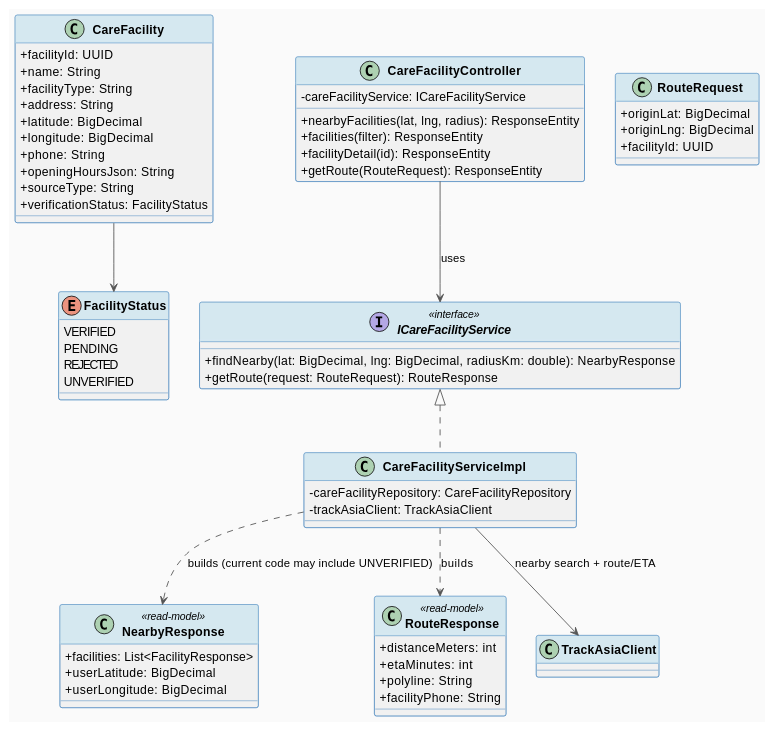
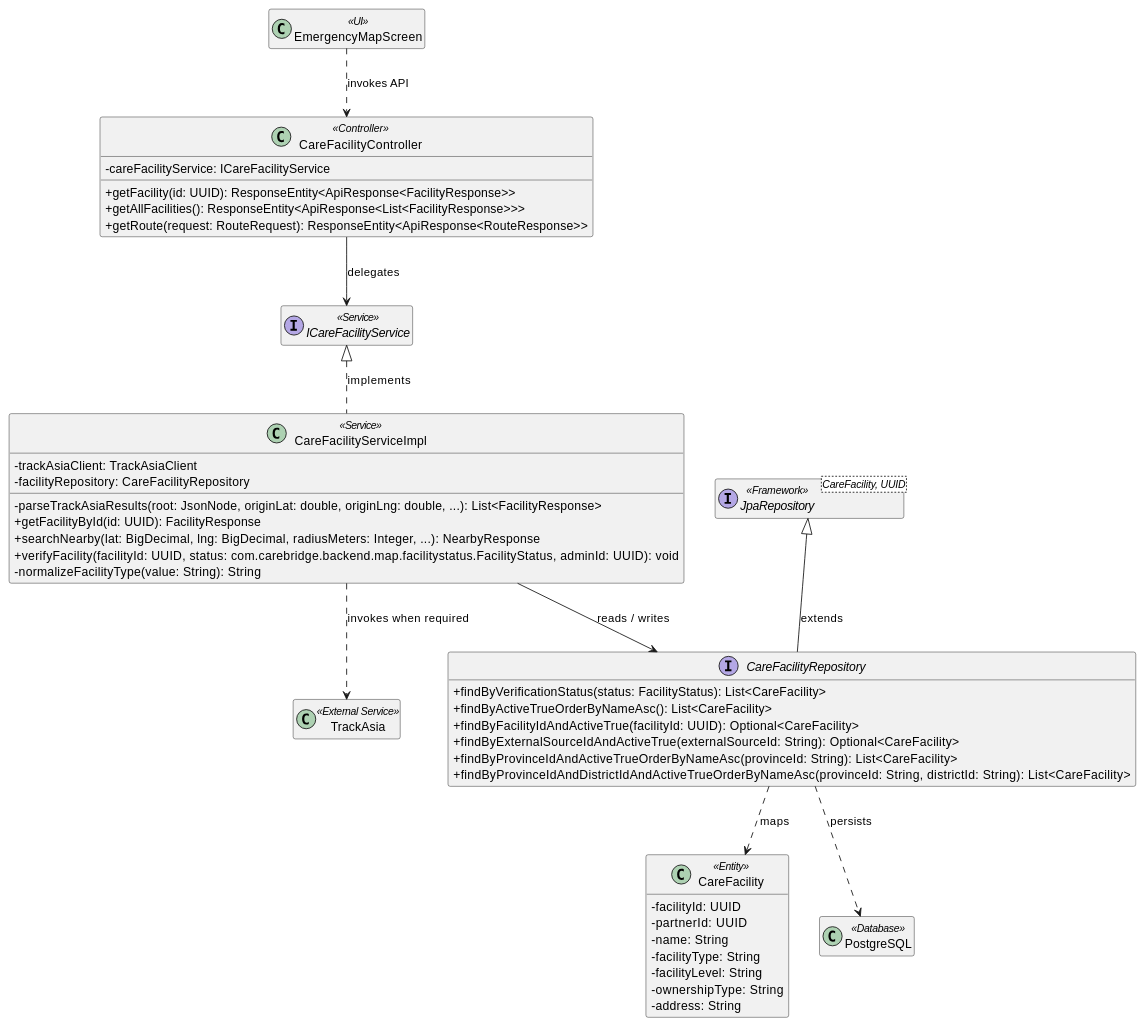
The first of 2 diagrams in docs/Detailed_Design/MF07_Emergency_Map_Nearby_Care_Support/01_Emergency_Map_Facility_Route_Navigation.md (ChuongBDHE172784/CareBridge_SEP490_G79), drawn with PlantUML before and after one commit. The commit also changed other lines of this file and 111 other files, not shown here.

````diff
--- a/docs/Detailed_Design/MF07_Emergency_Map_Nearby_Care_Support/01_Emergency_Map_Facility_Route_Navigation.md
+++ b/docs/Detailed_Design/MF07_Emergency_Map_Nearby_Care_Support/01_Emergency_Map_Facility_Route_Navigation.md
@@ -26,74 +20,53 @@
 ```plantuml
-@startuml MF07_01_EmergencyMap_ClassDiagram
+@startuml MF07_01_EmergencyMapNearbyFacilityandNavigation_ClassDiagram
 skinparam classAttributeIconSize 0
-skinparam classFontStyle bold
-skinparam backgroundColor #FAFAFA
-skinparam ArrowColor #555555
-skinparam ClassBorderColor #2E75B6
-skinparam ClassHeaderBackgroundColor #D5E8F0
+hide empty members
 
-class CareFacility {
-  + facilityId: UUID
-  + name: String
-  + facilityType: String
-  + address: String
-  + latitude: BigDecimal
-  + longitude: BigDecimal
-  + phone: String
-  + openingHoursJson: String
-  + sourceType: String
-  + verificationStatus: FacilityStatus
+class "EmergencyMapScreen" as UI1 <<UI>>
+class "CareFacilityController" as Controller1 <<Controller>> {
+  - careFacilityService: ICareFacilityService
+  + getFacility(id: UUID): ResponseEntity<ApiResponse<FacilityResponse>>
+  + getAllFacilities(): ResponseEntity<ApiResponse<List<FacilityResponse>>>
+  + getRoute(request: RouteRequest): ResponseEntity<ApiResponse<RouteResponse>>
 }
+class "CareFacilityServiceImpl" as Service1 <<Service>> {
+  - trackAsiaClient: TrackAsiaClient
+  - facilityRepository: CareFacilityRepository
+  - parseTrackAsiaResults(root: JsonNode, originLat: double, originLng: double, ...): List<FacilityResponse>
+  + getFacilityById(id: UUID): FacilityResponse
+  + searchNearby(lat: BigDecimal, lng: BigDecimal, radiusMeters: Integer, ...): NearbyResponse
+  + verifyFacility(facilityId: UUID, status: com.carebridge.backend.map.facilitystatus.FacilityStatus, adminId: UUID): void
+  - normalizeFacilityType(value: String): String
+}
+interface "ICareFacilityService" as Service1Contract <<Service>>
+interface "CareFacilityRepository" as Repository1 {
+  + findByVerificationStatus(status: FacilityStatus): List<CareFacility>
+  + findByActiveTrueOrderByNameAsc(): List<CareFacility>
+  + findByFacilityIdAndActiveTrue(facilityId: UUID): Optional<CareFacility>
+  + findByExternalSourceIdAndActiveTrue(externalSourceId: String): Optional<CareFacility>
+  + findByProvinceIdAndActiveTrueOrderByNameAsc(provinceId: String): List<CareFacility>
+  + findByProvinceIdAndDistrictIdAndActiveTrueOrderByNameAsc(provinceId: String, districtId: String): List<CareFacility>
+}
+class "CareFacility" as Entity1 <<Entity>> {
+  - facilityId: UUID
+  - partnerId: UUID
+  - name: String
+  - facilityType: String
+  - facilityLevel: String
+  - ownershipType: String
+  - address: String
+}
+interface "JpaRepository<CareFacility, UUID>" as Repository1Base <<Framework>>
+class "PostgreSQL" as DB <<Database>>
+class "TrackAsia" as External <<External Service>>
 
-enum FacilityStatus {
-  VERIFIED
-  PENDING
-  REJECTED
-  UNVERIFIED
-}
-
-class NearbyResponse <<read-model>> {
-  + facilities: List<FacilityResponse>
-  + userLatitude: BigDecimal
-  + userLongitude: BigDecimal
-}
-
-class RouteRequest {
-  + originLat: BigDecimal
-  + originLng: BigDecimal
-  + facilityId: UUID
-}
-
-class RouteResponse <<read-model>> {
-  + distanceMeters: int
-  + etaMinutes: int
-  + polyline: String
-  + facilityPhone: String
-}
-
-class CareFacilityController {
-  - careFacilityService: ICareFacilityService
-  + nearbyFacilities(lat, lng, radius): ResponseEntity
-  + facilities(filter): ResponseEntity
-  + facilityDetail(id): ResponseEntity
-  + getRoute(RouteRequest): ResponseEntity
-}
-
-interface ICareFacilityService <<interface>> {
-  + findNearby(lat: BigDecimal, lng: BigDecimal, radiusKm: double): NearbyResponse
-  + getRoute(request: RouteRequest): RouteResponse
-}
-
-class CareFacilityServiceImpl implements ICareFacilityService {
-  - careFacilityRepository: CareFacilityRepository
-  - trackAsiaClient: TrackAsiaClient
-}
-
-CareFacility --> FacilityStatus
-CareFacilityController --> ICareFacilityService : uses
-CareFacilityServiceImpl ..> NearbyResponse : builds (current code may include UNVERIFIED)
-CareFacilityServiceImpl --> TrackAsiaClient : nearby search + route/ETA
-CareFacilityServiceImpl ..> RouteResponse : builds
-
+Service1Contract <|.. Service1 : implements
+Repository1Base <|-- Repository1 : extends
+UI1 ..> Controller1 : invokes API
+Controller1 --> Service1Contract : delegates
+Service1 --> Repository1 : reads / writes
+Repository1 ..> Entity1 : maps
+Repository1 ..> DB : persists
+Service1 ..> External : invokes when required
 @enduml
 ```
````
